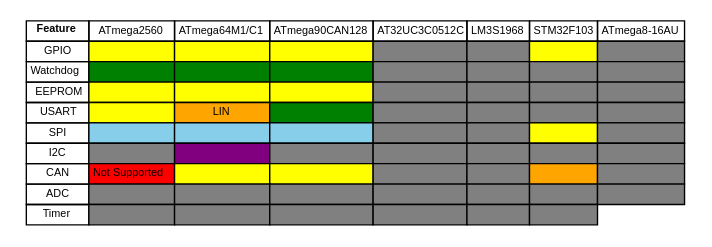
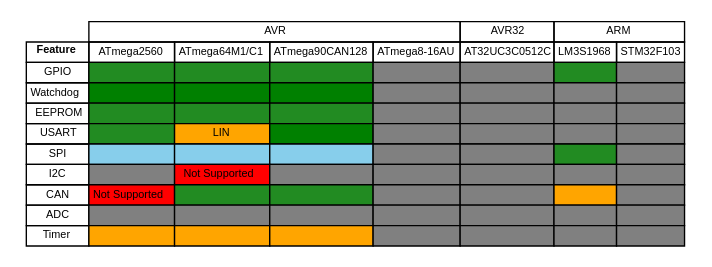
The diagram in doc/zim-valleyforge/HAL/img/support-table.dot (Aeronavics/ValleyForge), drawn with Graphviz before and after one commit. The commit also changed 8 other files, not shown here.

```diff
--- a/doc/zim-valleyforge/HAL/img/support-table.dot
+++ b/doc/zim-valleyforge/HAL/img/support-table.dot
@@ -1,108 +1,123 @@
 digraph structs {
 node [shape=plaintext]
 struct1 [label=<
 <FONT POINT-SIZE="8" FACE="sans-serif">
 <TABLE BORDER="0" CELLBORDER="1" CELLSPACING="0" CELLPADDING="2">
 
+<!-- Implemented and Tested: 	green -->
+<!-- Implemented: 		forestgreen -->
+<!-- Work-in-progress: 		orange -->
+<!-- Started: 			skyblue -->
+<!-- Not yet started: 		gray -->
+<!-- Not supported: 		red -->
+
+
+<tr><td color="white"></td>
+	<td colspan="4">AVR</td>
+	<td colspan="1">AVR32</td>
+	<td colspan="2">ARM</td>
+</tr>
+
 <tr><td><b>Feature</b></td>
 	<td>ATmega2560</td>
 	<td>ATmega64M1/C1</td>
 	<td>ATmega90CAN128</td>
+	<td>ATmega8-16AU</td>
 	<td>AT32UC3C0512C</td>
 	<td>LM3S1968</td>
 	<td>STM32F103</td>
-	<td>ATmega8-16AU</td>
 </tr>
 
 <tr><td>GPIO</td>
-	<td bgcolor="yellow"></td>
-	<td bgcolor="yellow"></td>
-	<td bgcolor="yellow"></td>
+	<td bgcolor="forestgreen"></td>
+	<td bgcolor="forestgreen"></td>
+	<td bgcolor="forestgreen"></td>
 	<td bgcolor="gray"></td>
 	<td bgcolor="gray"></td>
-	<td bgcolor="yellow"></td>
+	<td bgcolor="forestgreen"></td>
 	<td bgcolor="gray"></td>
 </tr>
 
 <tr><td>Watchdog</td>
 	<td bgcolor="green"></td>
 	<td bgcolor="green"></td>
 	<td bgcolor="green"></td>
 	<td bgcolor="gray"></td>
 	<td bgcolor="gray"></td>
 	<td bgcolor="gray"></td>
 	<td bgcolor="gray"></td>
 </tr>
 
 <tr><td>EEPROM</td>
-	<td bgcolor="yellow"></td>
-	<td bgcolor="yellow"></td>
-	<td bgcolor="yellow"></td>
+	<td bgcolor="forestgreen"></td>
+	<td bgcolor="forestgreen"></td>
+	<td bgcolor="forestgreen"></td>
 	<td bgcolor="gray"></td>
 	<td bgcolor="gray"></td>
 	<td bgcolor="gray"></td>
 	<td bgcolor="gray"></td>
 </tr>
 
 <tr><td>USART</td>
-	<td bgcolor="yellow"></td>
+	<td bgcolor="forestgreen"></td>
 	<td bgcolor="orange">LIN</td>
 	<td bgcolor="green"></td>
 	<td bgcolor="gray"></td>
 	<td bgcolor="gray"></td>
 	<td bgcolor="gray"></td>
 	<td bgcolor="gray"></td>
 </tr>
 
 <tr><td>SPI</td>
 	<td bgcolor="skyblue"></td>
 	<td bgcolor="skyblue"></td>
 	<td bgcolor="skyblue"></td>
 	<td bgcolor="gray"></td>
 	<td bgcolor="gray"></td>
-	<td bgcolor="yellow"></td>
+	<td bgcolor="forestgreen"></td>
 	<td bgcolor="gray"></td>
 </tr>
 
 <tr><td>I2C</td>
 	<td bgcolor="gray"></td>
-	<td bgcolor="purple"></td>
+	<td bgcolor="red">Not Supported</td>
 	<td bgcolor="gray"></td>
 	<td bgcolor="gray"></td>
 	<td bgcolor="gray"></td>
 	<td bgcolor="gray"></td>
 	<td bgcolor="gray"></td>
 </tr>
 
 <tr><td>CAN</td>
 	<td bgcolor="red">Not Supported</td>
-	<td bgcolor="yellow"></td>
-	<td bgcolor="yellow"></td>
+	<td bgcolor="forestgreen"></td>
+	<td bgcolor="forestgreen"></td>
 	<td bgcolor="gray"></td>
 	<td bgcolor="gray"></td>
 	<td bgcolor="orange"></td>
 	<td bgcolor="gray"></td>
 </tr>
 
 <tr><td>ADC</td>
 	<td bgcolor="gray"></td>
 	<td bgcolor="gray"></td>
 	<td bgcolor="gray"></td>
 	<td bgcolor="gray"></td>
 	<td bgcolor="gray"></td>
 	<td bgcolor="gray"></td>
 	<td bgcolor="gray"></td>
 </tr>
 
 <tr><td>Timer</td>
-	<td bgcolor="gray"></td>
-	<td bgcolor="gray"></td>
+	<td bgcolor="orange"></td>
+	<td bgcolor="orange"></td>
+	<td bgcolor="orange"></td>
 	<td bgcolor="gray"></td>
 	<td bgcolor="gray"></td>
 	<td bgcolor="gray"></td>
 	<td bgcolor="gray"></td>
 </tr>
 
 </TABLE></FONT>
 >];
 }
```
